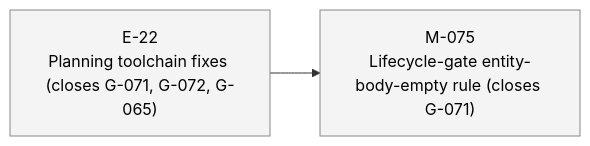
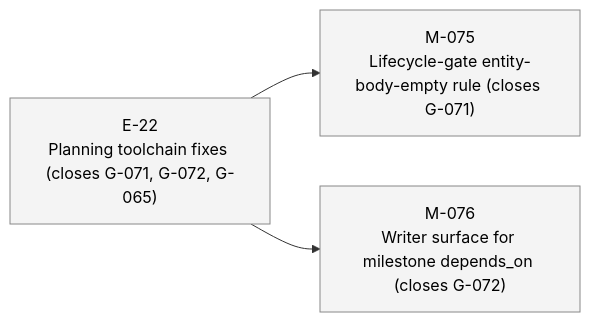
One commit to 23min/aiwf changed the third of 3 diagrams in STATUS.md. Above: the diagram before and after it, drawn with Mermaid. The commit also changed other lines of this file and 1 other file, not shown here.

First line of the commit message:
aiwf add milestone M-076 "Writer surface for milestone depends_on (closes G-072)"

````diff
--- a/STATUS.md
+++ b/STATUS.md
@@ -72,12 +73,14 @@
 ```mermaid
 flowchart LR
   E_22["E-22<br/>Planning toolchain fixes (closes G-071, G-072, G-065)"]:::epic_proposed
   M_075["M-075<br/>Lifecycle-gate entity-body-empty rule (closes G-071)"]:::ms_draft
   E_22 --> M_075
+  M_076["M-076<br/>Writer surface for milestone depends_on (closes G-072)"]:::ms_draft
+  E_22 --> M_076
   classDef epic_active fill:#d6eaff,stroke:#1a73e8,color:#000
   classDef epic_proposed fill:#f4f4f4,stroke:#888,color:#000
   classDef ms_done fill:#d8f5d8,stroke:#2a8a2a,color:#000
   classDef ms_in_progress fill:#fff3c4,stroke:#caa400,color:#000
   classDef ms_draft fill:#f4f4f4,stroke:#888,color:#000
   classDef ms_cancelled fill:#fbeaea,stroke:#c33,color:#000
 ```
````
